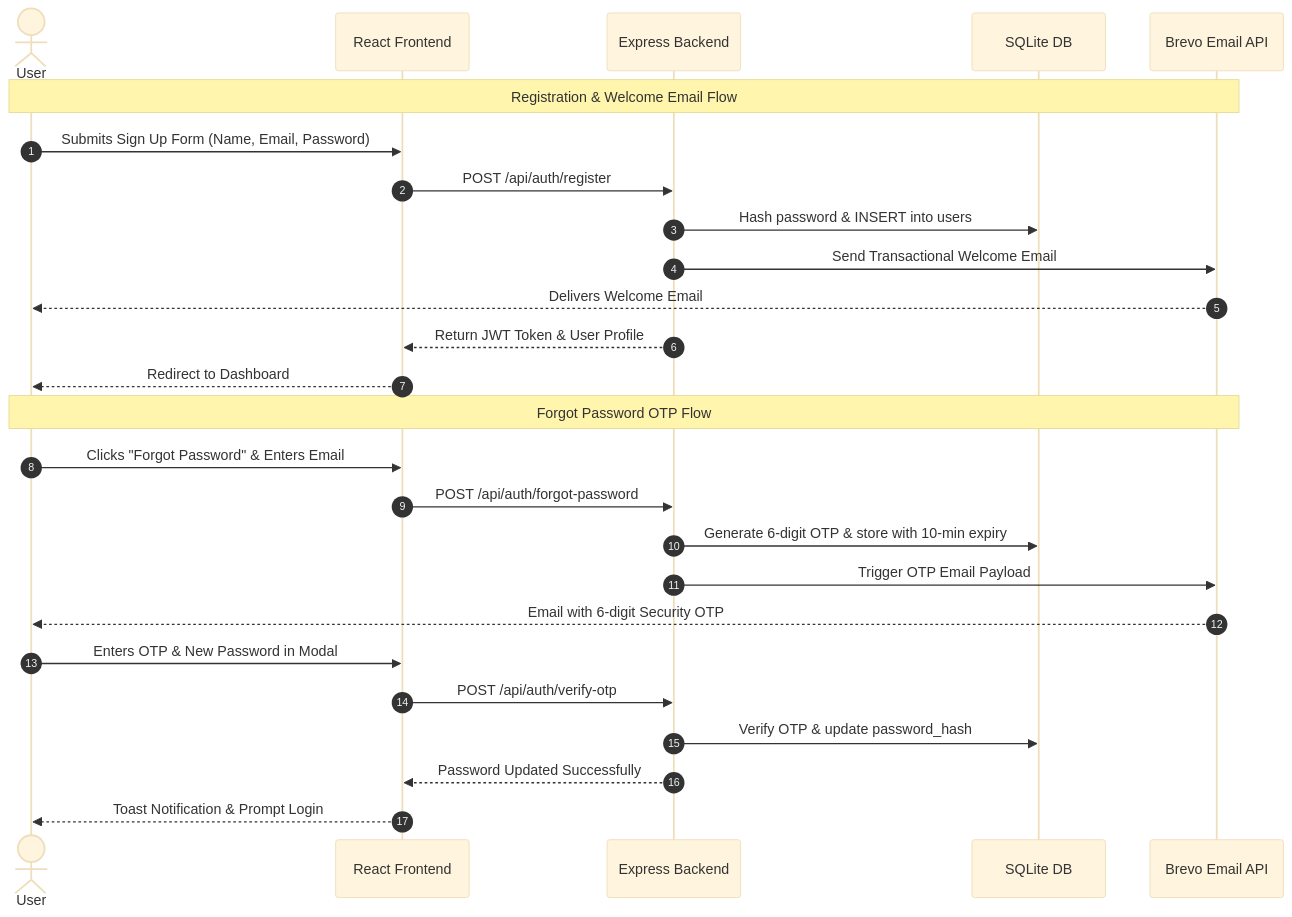
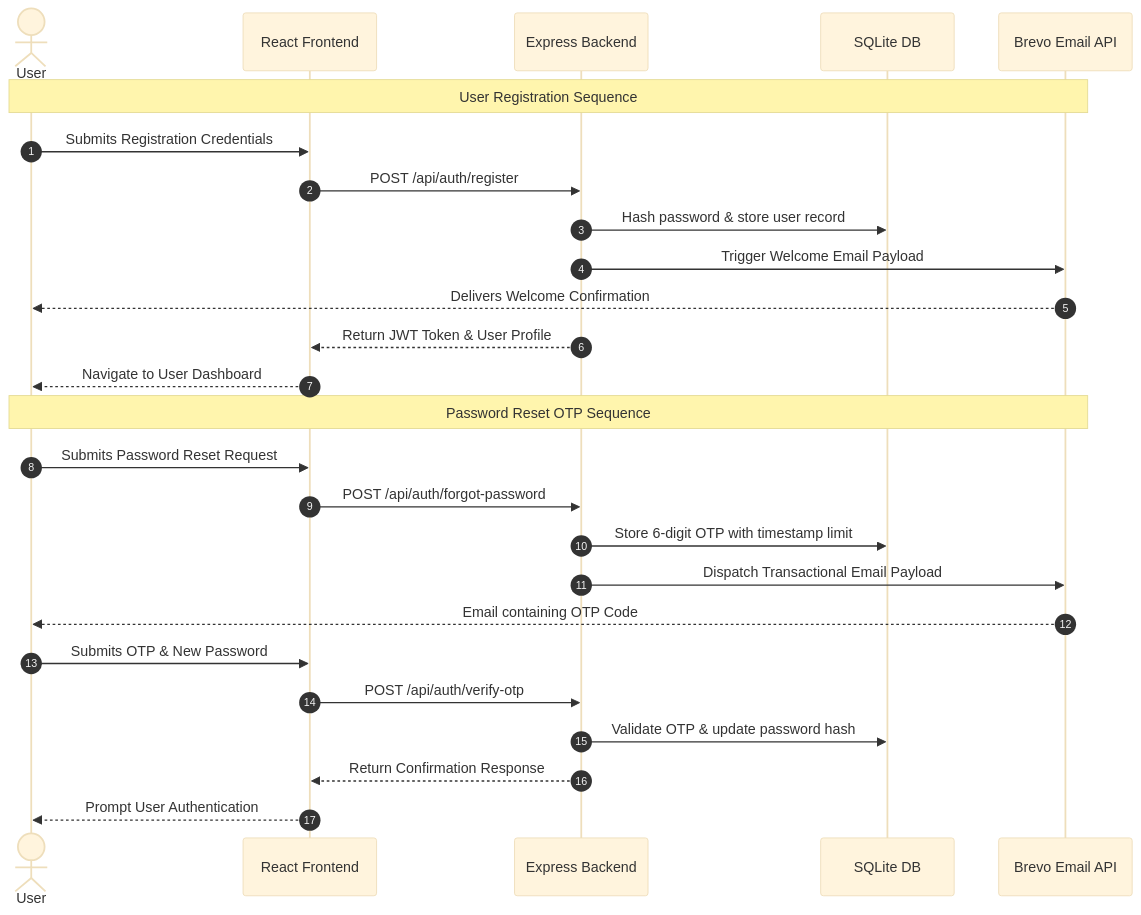
Before and after one commit to anandK-S/GlobeTrotter: the second of 5 diagrams in FLOWCHART.md, drawn with Mermaid (base theme). The commit also changed other lines of this file and 1 other file, not shown here.

Commit message:
docs: update architectural documentation and flowcharts for production submission

````diff
--- a/FLOWCHART.md
+++ b/FLOWCHART.md
@@ -64,30 +64,30 @@
 ```mermaid
 sequenceDiagram
     autonumber
     actor User
     participant App as React Frontend
     participant API as Express Backend
     participant DB as SQLite DB
     participant Brevo as Brevo Email API
 
-    Note over User, Brevo: Registration & Welcome Email Flow
-    User->>App: Submits Sign Up Form (Name, Email, Password)
+    Note over User, Brevo: User Registration Sequence
+    User->>App: Submits Registration Credentials
     App->>API: POST /api/auth/register
-    API->>DB: Hash password & INSERT into users
-    API->>Brevo: Send Transactional Welcome Email
-    Brevo-->>User: Delivers Welcome Email
+    API->>DB: Hash password & store user record
+    API->>Brevo: Trigger Welcome Email Payload
+    Brevo-->>User: Delivers Welcome Confirmation
     API-->>App: Return JWT Token & User Profile
-    App-->>User: Redirect to Dashboard
+    App-->>User: Navigate to User Dashboard
 
-    Note over User, Brevo: Forgot Password OTP Flow
-    User->>App: Clicks "Forgot Password" & Enters Email
+    Note over User, Brevo: Password Reset OTP Sequence
+    User->>App: Submits Password Reset Request
     App->>API: POST /api/auth/forgot-password
-    API->>DB: Generate 6-digit OTP & store with 10-min expiry
-    API->>Brevo: Trigger OTP Email Payload
-    Brevo-->>User: Email with 6-digit Security OTP
-    User->>App: Enters OTP & New Password in Modal
+    API->>DB: Store 6-digit OTP with timestamp limit
+    API->>Brevo: Dispatch Transactional Email Payload
+    Brevo-->>User: Email containing OTP Code
+    User->>App: Submits OTP & New Password
     App->>API: POST /api/auth/verify-otp
-    API->>DB: Verify OTP & update password_hash
-    API-->>App: Password Updated Successfully
-    App-->>User: Toast Notification & Prompt Login
+    API->>DB: Validate OTP & update password hash
+    API-->>App: Return Confirmation Response
+    App-->>User: Prompt User Authentication
 ```
````
